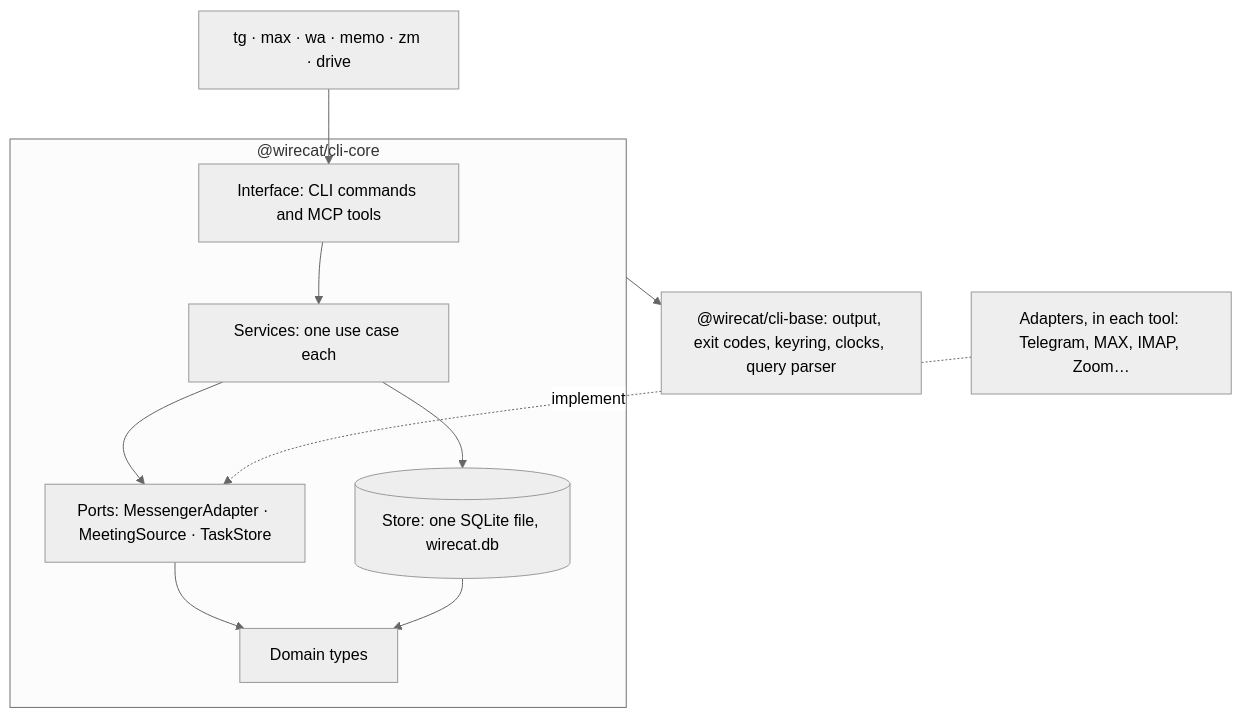
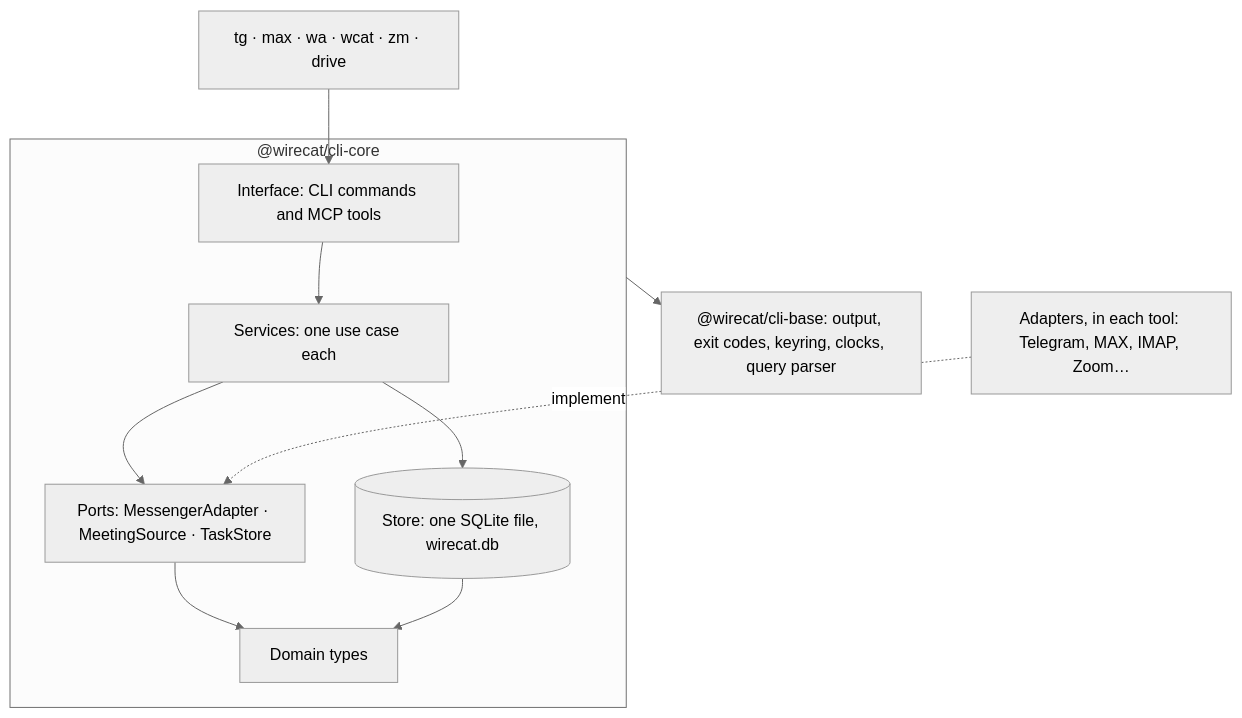
Before and after one commit to WireCatLabs/cli-core: the second of 2 diagrams in README.md, drawn with Mermaid (neutral theme). The commit also changed other lines of this file and 41 other files, not shown here.

First line of the commit message:
feat: hints, help and errors name wcat and files, not memo (#3445)

````diff
--- a/README.md
+++ b/README.md
@@ -112,13 +112,13 @@
 ```mermaid
 flowchart TB
-  tools["tg · max · wa · memo · zm · drive"] --> interface
+  tools["tg · max · wa · wcat · zm · drive"] --> interface
   subgraph core ["@wirecat/cli-core"]
     interface["Interface: CLI commands and MCP tools"] --> services["Services: one use case each"]
     services --> ports["Ports: MessengerAdapter · MeetingSource · TaskStore"]
     services --> store[("Store: one SQLite file, wirecat.db")]
     ports --> domain["Domain types"]
     store --> domain
   end
   adapters["Adapters, in each tool: Telegram, MAX, IMAP, Zoom…"] -. implement .-> ports
   core --> base["@wirecat/cli-base: output, exit codes, keyring, clocks, query parser"]
 ```
````
